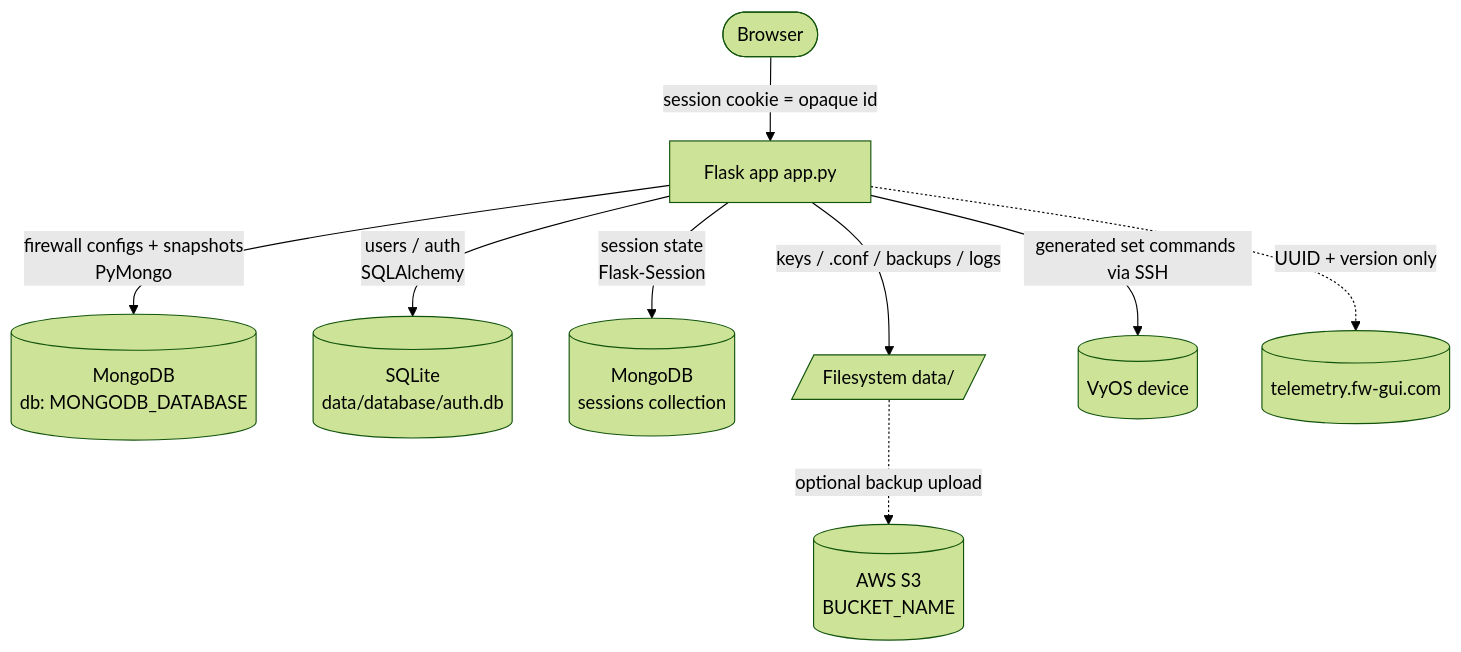
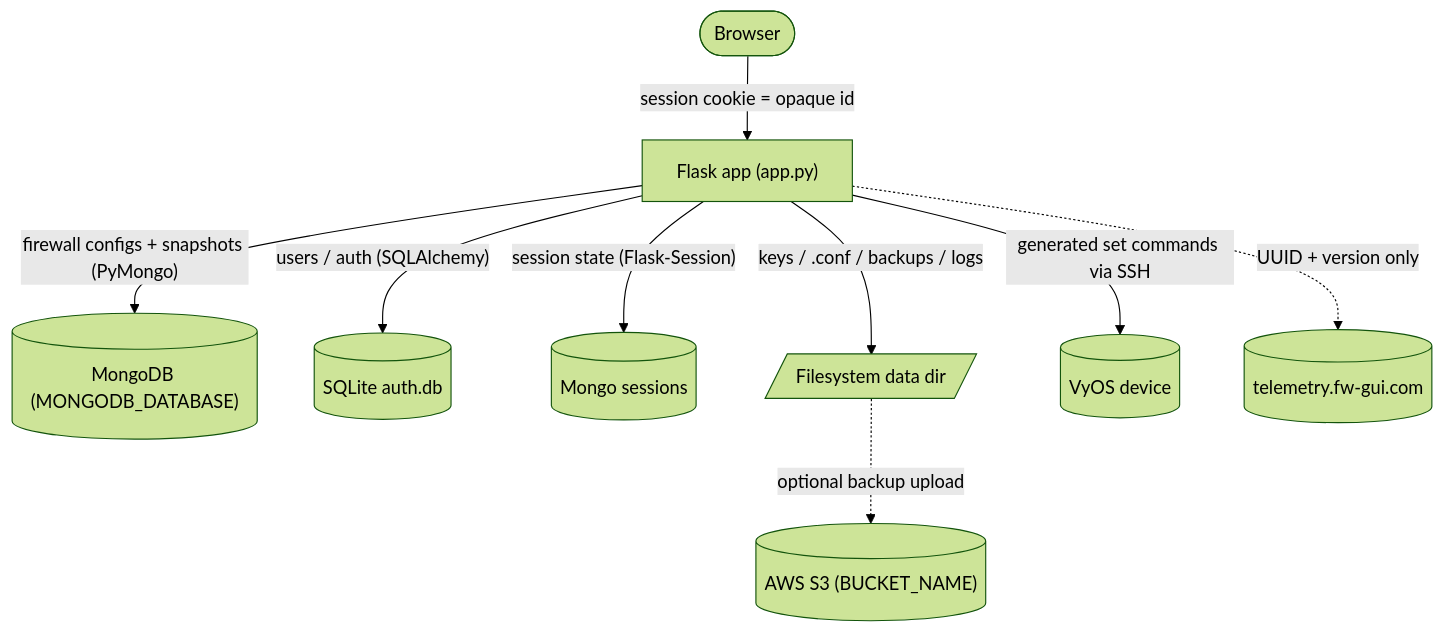
The first of 8 diagrams in docs/data-architecture.md (ibehren1/fw-gui), drawn with Mermaid (forest theme) before and after one commit. The commit also changed other lines of this file and 1 other file, not shown here.

First line of the commit message:
docs: harden mermaid diagrams for GitHub rendering

````diff
--- a/docs/data-architecture.md
+++ b/docs/data-architecture.md
@@ -24,13 +24,13 @@
 ```mermaid
 flowchart TD
-    Browser([Browser]) -->|"session cookie = opaque id"| App[Flask app app.py]
+    Browser(["Browser"]) -->|"session cookie = opaque id"| App["Flask app (app.py)"]
 
-    App -->|"firewall configs + snapshots<br/>PyMongo"| Mongo[(MongoDB<br/>db: MONGODB_DATABASE)]
-    App -->|"users / auth<br/>SQLAlchemy"| SQLite[(SQLite<br/>data/database/auth.db)]
-    App -->|"session state<br/>Flask-Session"| Sessions[("MongoDB<br/>sessions collection")]
-    App -->|"keys / .conf / backups / logs"| FS[/"Filesystem data/"/]
+    App -->|"firewall configs + snapshots (PyMongo)"| Mongo[("MongoDB (MONGODB_DATABASE)")]
+    App -->|"users / auth (SQLAlchemy)"| SQLite[("SQLite auth.db")]
+    App -->|"session state (Flask-Session)"| Sessions[("Mongo sessions")]
+    App -->|"keys / .conf / backups / logs"| FS[/"Filesystem data dir"/]
 
-    App -->|"generated set commands via SSH"| VyOS[(VyOS device)]
-    FS -.->|"optional backup upload"| S3[("AWS S3<br/>BUCKET_NAME")]
+    App -->|"generated set commands via SSH"| VyOS[("VyOS device")]
+    FS -.->|"optional backup upload"| S3[("AWS S3 (BUCKET_NAME)")]
     App -.->|"UUID + version only"| Tele[("telemetry.fw-gui.com")]
 ```
````
